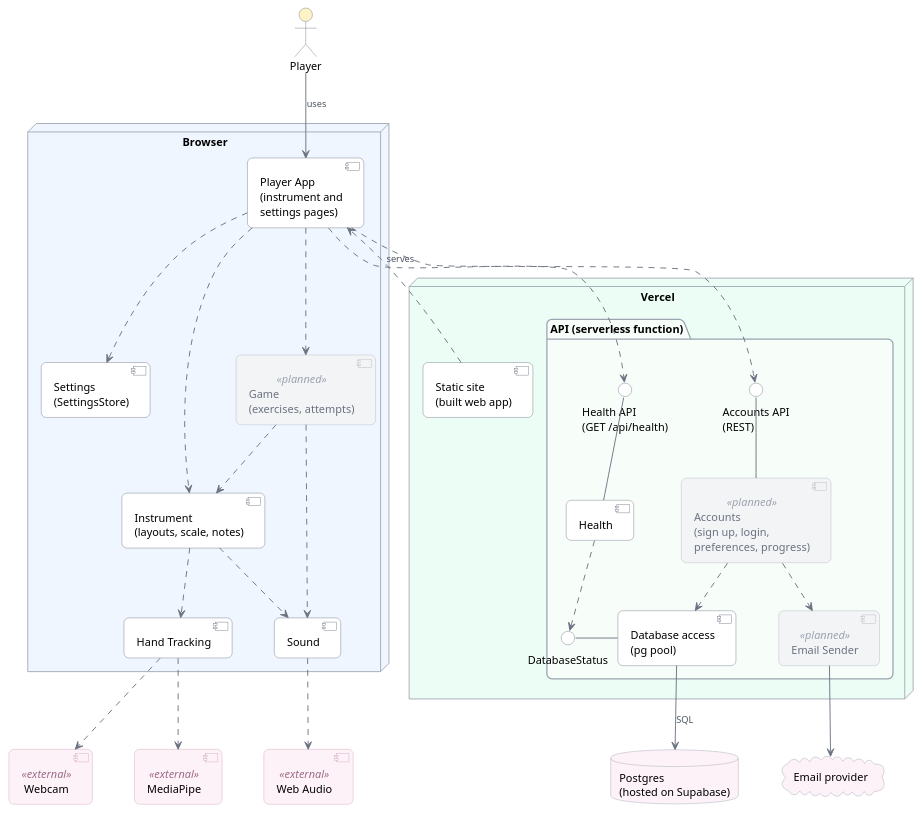
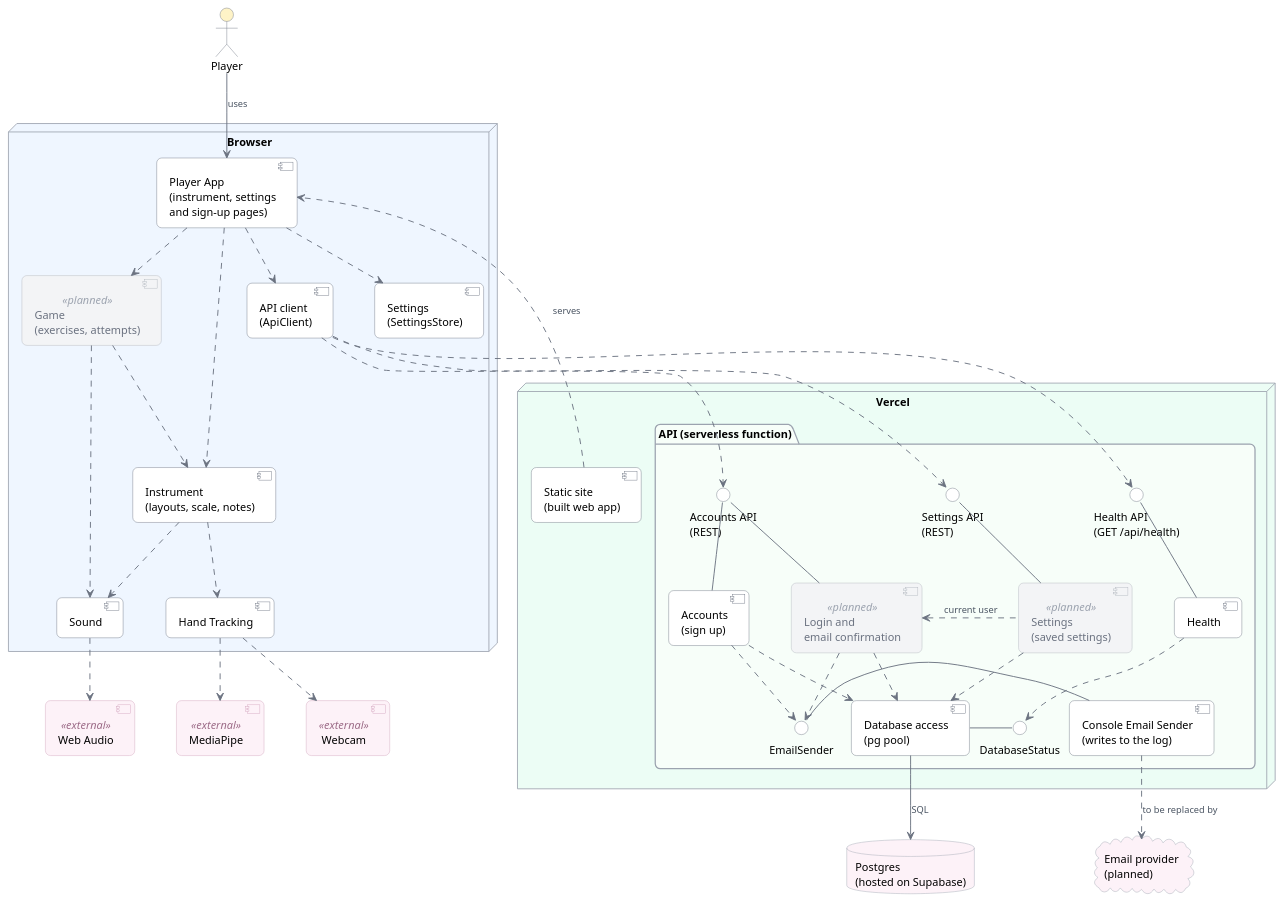
Before and after one commit to MESW-LES-2627/les-project-group-5: the diagram in docs/design/component-diagram.puml, drawn with PlantUML. The commit also changed 5 other files, not shown here.

```diff
--- a/docs/design/component-diagram.puml
+++ b/docs/design/component-diagram.puml
@@ -1,91 +1,105 @@
 @startuml
 ' Look: soft colours, rounded corners, curved lines, small grey labels.
 skinparam shadowing false
 skinparam roundCorner 12
 skinparam defaultFontName Helvetica
 skinparam defaultFontSize 13
 skinparam componentStyle uml2
 skinparam ArrowColor #6B7280
 skinparam ArrowThickness 1.1
 skinparam ArrowFontSize 11
 skinparam ArrowFontColor #4B5563
 skinparam nodeBorderColor #9CA3AF
 skinparam packageBorderColor #9CA3AF
 skinparam interfaceBorderColor #6B7280
 skinparam interfaceBackgroundColor #FFFFFF
 skinparam actorBorderColor #6B7280
 skinparam actorBackgroundColor #FEF3C7
 skinparam databaseBorderColor #9CA3AF
 skinparam cloudBorderColor #9CA3AF
 skinparam component {
   BackgroundColor #FFFFFF
   BorderColor #6B7280
 }
 skinparam component<<planned>> {
   BackgroundColor #F3F4F6
   BorderColor #B0B5BD
   FontColor #6B7280
   StereotypeFontColor #9CA3AF
 }
 skinparam component<<external>> {
   BackgroundColor #FDF2F8
   BorderColor #D1A3BD
   StereotypeFontColor #9C6B87
 }
 skinparam nodesep 50
 skinparam ranksep 55
 
 actor Player
 
 node "Browser" #EFF6FF {
-  component "Player App\n(instrument and\nsettings pages)" as App
+  component "Player App\n(instrument, settings\nand sign-up pages)" as App
   component "Settings\n(SettingsStore)" as Set
   component "Game\n(exercises, attempts)" as Ear <<planned>>
   component "Instrument\n(layouts, scale, notes)" as Instr
   component "Hand Tracking" as Track
   component "Sound" as Sound
+  component "API client\n(ApiClient)" as Client
 }
 
 node "Vercel" #ECFDF5 {
   package "API (serverless function)" #F7FEF9 {
     () "Health API\n(GET /api/health)" as HAPI
     () "Accounts API\n(REST)" as AAPI
+    () "Settings API\n(REST)" as SAPI
     component "Health" as Health
-    component "Accounts\n(sign up, login,\npreferences, progress)" as Acc <<planned>>
+    component "Accounts\n(sign up)" as Acc
+    component "Login and\nemail confirmation" as Login <<planned>>
+    component "Settings\n(saved settings)" as SSet <<planned>>
     () "DatabaseStatus" as DBS
+    () "EmailSender" as ES
     component "Database access\n(pg pool)" as DBA
-    component "Email Sender" as Mail <<planned>>
+    component "Console Email Sender\n(writes to the log)" as Mail
   }
   component "Static site\n(built web app)" as Site
 }
 
 component "Webcam" as Cam <<external>>
 component "MediaPipe" as MP <<external>>
 component "Web Audio" as WA <<external>>
 database "Postgres\n(hosted on Supabase)" as PG #FDF2F8
-cloud "Email provider" as SMTP #FDF2F8
+cloud "Email provider\n(planned)" as SMTP #FDF2F8
 
 Player -down-> App : uses
 App .down.> Set
 App .down.> Ear
 App .down.> Instr
+App .down.> Client
 Ear .down.> Instr
 Ear .down.> Sound
 Instr .down.> Track
 Instr .down.> Sound
 Track .down.> Cam
 Track .down.> MP
 Sound .down.> WA
 
-App ..> HAPI
-App ..> AAPI
+Client ..> HAPI
+Client ..> AAPI
+Client ..> SAPI
 HAPI -down- Health
 AAPI -down- Acc
+AAPI -down- Login
+SAPI -down- SSet
+SSet .left.> Login : current user
 Health .down.> DBS
 DBS - DBA
 Acc .down.> DBA
-Acc .down.> Mail
+Login .down.> DBA
+SSet .down.> DBA
+Acc .down.> ES
+Login .down.> ES
+Mail -left- ES
+Mail .down.> SMTP : to be replaced by
 DBA -down-> PG : SQL
-Mail -down-> SMTP
 Site .[norank].> App : serves
 @enduml
```
